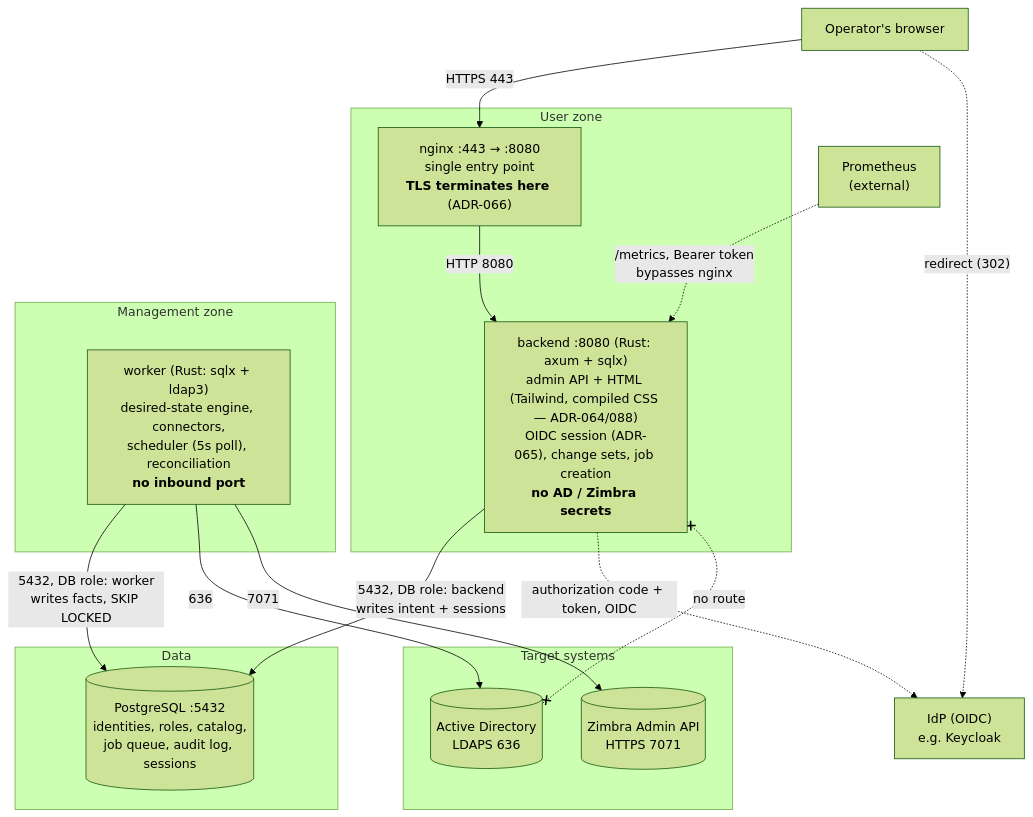
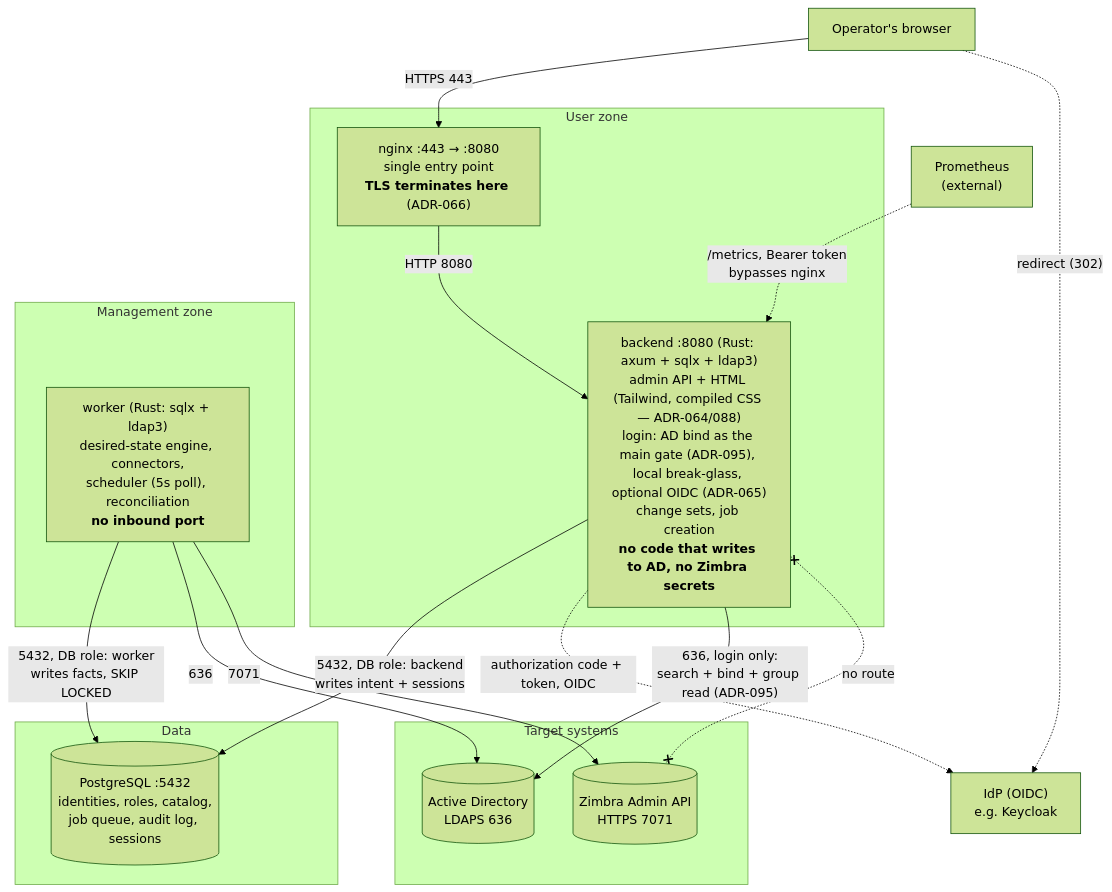
The second of 5 diagrams in README_ENG.md (murat-akpinar/OpenSicil), drawn with Mermaid (forest theme) before and after one commit. The commit also changed other lines of this file and 10 other files, not shown here.

````diff
--- a/README_ENG.md
+++ b/README_ENG.md
@@ -57,34 +57,35 @@
 ```mermaid
 flowchart TB
     op["Operator's browser"]
     idp["IdP (OIDC)<br/>e.g. Keycloak"]
     prom["Prometheus<br/>(external)"]
 
     subgraph user_zone["User zone"]
         nginx["nginx :443 → :8080<br/>single entry point<br/><b>TLS terminates here</b> (ADR-066)"]
-        backend["backend :8080 (Rust: axum + sqlx)<br/>admin API + HTML (Tailwind, compiled CSS — ADR-064/088)<br/>OIDC session (ADR-065), change sets, job creation<br/><b>no AD / Zimbra secrets</b>"]
+        backend["backend :8080 (Rust: axum + sqlx + ldap3)<br/>admin API + HTML (Tailwind, compiled CSS — ADR-064/088)<br/>login: AD bind as the main gate (ADR-095), local break-glass, optional OIDC (ADR-065)<br/>change sets, job creation<br/><b>no code that writes to AD, no Zimbra secrets</b>"]
     end
 
     subgraph data["Data"]
         db[("PostgreSQL :5432<br/>identities, roles, catalog,<br/>job queue, audit log, sessions")]
     end
 
     subgraph mgmt_zone["Management zone"]
         worker["worker (Rust: sqlx + ldap3)<br/>desired-state engine, connectors,<br/>scheduler (5s poll), reconciliation<br/><b>no inbound port</b>"]
     end
 
     subgraph targets["Target systems"]
         ad[("Active Directory<br/>LDAPS 636")]
         zimbra[("Zimbra Admin API<br/>HTTPS 7071")]
     end
 
     op -->|"HTTPS 443"| nginx -->|"HTTP 8080"| backend
     op -.->|"redirect (302)"| idp
     backend -->|"5432, DB role: backend<br/>writes intent + sessions"| db
     backend -.->|"authorization code + token, OIDC"| idp
     worker -->|"5432, DB role: worker<br/>writes facts, SKIP LOCKED"| db
     worker -->|"636"| ad
     worker -->|"7071"| zimbra
     prom -.->|"/metrics, Bearer token<br/>bypasses nginx"| backend
-    backend x-.-x|"no route"| ad
+    backend -->|"636, login only:<br/>search + bind + group read (ADR-095)"| ad
+    backend x-.-x|"no route"| zimbra
 ```
````
